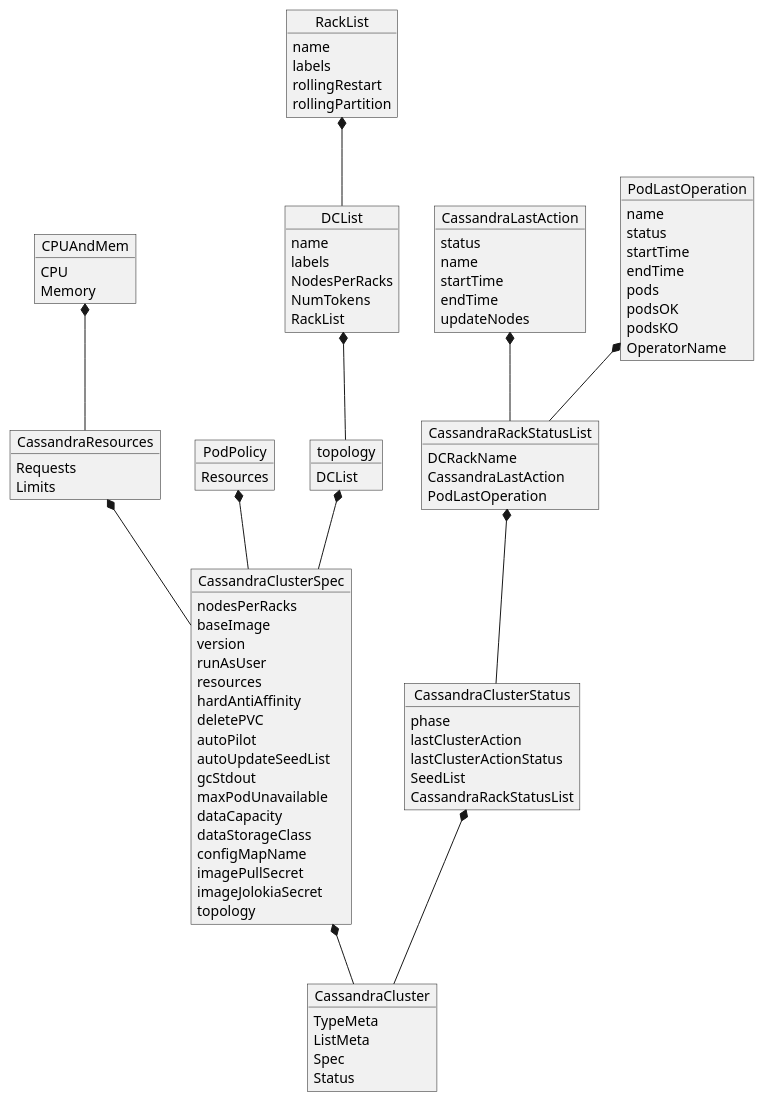
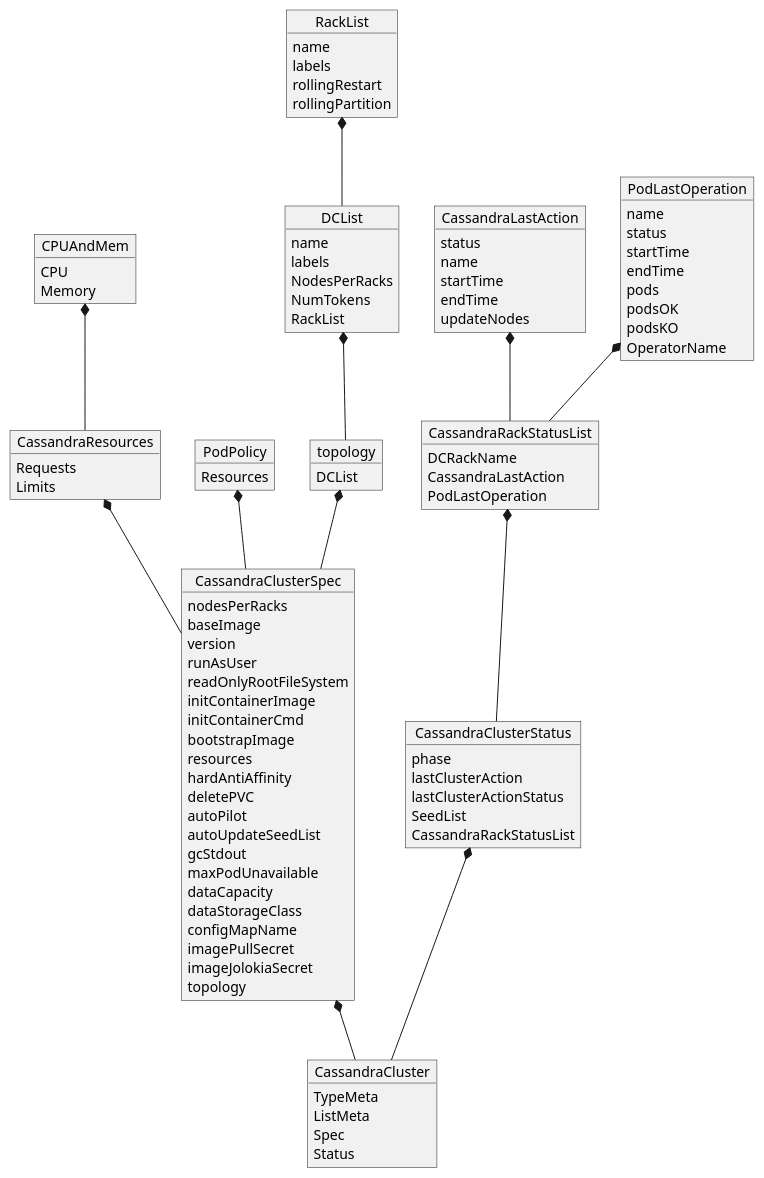
Before and after one commit to Orange-OpenSource/casskop: the diagram in documentation/uml/crd.puml, drawn with PlantUML. The commit also changed 4 other files, not shown here.

```diff
--- a/documentation/uml/crd.puml
+++ b/documentation/uml/crd.puml
@@ -1,101 +1,105 @@
 @startuml
 object CassandraCluster
 CassandraCluster : TypeMeta
 CassandraCluster : ListMeta
 CassandraCluster : Spec
 CassandraCluster : Status
 
 object CPUAndMem
 CPUAndMem : CPU
 CPUAndMem : Memory
 
 object CassandraResources
 CassandraResources : Requests
 CassandraResources : Limits
 
 object PodPolicy
 PodPolicy : Resources
 
 object CassandraClusterSpec
 CassandraClusterSpec : nodesPerRacks
 CassandraClusterSpec : baseImage
 CassandraClusterSpec : version
 CassandraClusterSpec : runAsUser
+CassandraClusterSpec : readOnlyRootFileSystem
+CassandraClusterSpec : initContainerImage
+CassandraClusterSpec : initContainerCmd
+CassandraClusterSpec : bootstrapImage
 CassandraClusterSpec : resources
 CassandraClusterSpec : hardAntiAffinity
 CassandraClusterSpec : deletePVC
 CassandraClusterSpec : autoPilot
 CassandraClusterSpec : autoUpdateSeedList
 CassandraClusterSpec : gcStdout
 CassandraClusterSpec : maxPodUnavailable
 CassandraClusterSpec : dataCapacity
 CassandraClusterSpec : dataStorageClass
 CassandraClusterSpec : configMapName
 CassandraClusterSpec : imagePullSecret
 CassandraClusterSpec : imageJolokiaSecret
 CassandraClusterSpec : topology
 
 object topology
 topology : DCList
 
 object DCList
 DCList : name
 DCList : labels
 DCList : NodesPerRacks
 DCList : NumTokens
 DCList : RackList
 
 object RackList
 RackList : name
 RackList : labels
 RackList : rollingRestart
 RackList :  rollingPartition
 
 RackList *-- DCList
 DCList *-- topology
 
 topology *-- CassandraClusterSpec
 
 object CassandraClusterStatus
 CassandraClusterStatus : phase
 CassandraClusterStatus : lastClusterAction
 CassandraClusterStatus : lastClusterActionStatus
 CassandraClusterStatus : SeedList
 CassandraClusterStatus : CassandraRackStatusList
 
 
 object CassandraLastAction
 CassandraLastAction : status
 CassandraLastAction : name
 CassandraLastAction : startTime
 CassandraLastAction : endTime
 CassandraLastAction : updateNodes
 
 object PodLastOperation
 PodLastOperation : name
 PodLastOperation : status
 PodLastOperation : startTime
 PodLastOperation : endTime
 PodLastOperation : pods
 PodLastOperation : podsOK
 PodLastOperation : podsKO
 PodLastOperation : OperatorName
 
 
 CassandraClusterSpec *-- CassandraCluster
 CassandraClusterStatus *-- CassandraCluster
 
 object CassandraRackStatusList
 CassandraRackStatusList : DCRackName
 CassandraRackStatusList : CassandraLastAction
 CassandraRackStatusList : PodLastOperation
 
 CassandraRackStatusList *-- CassandraClusterStatus
 CassandraLastAction *-- CassandraRackStatusList
 PodLastOperation *-- CassandraRackStatusList
 
 CPUAndMem  *-- CassandraResources
 CassandraResources *-- CassandraClusterSpec
 
 PodPolicy *-- CassandraClusterSpec
 @enduml
```
